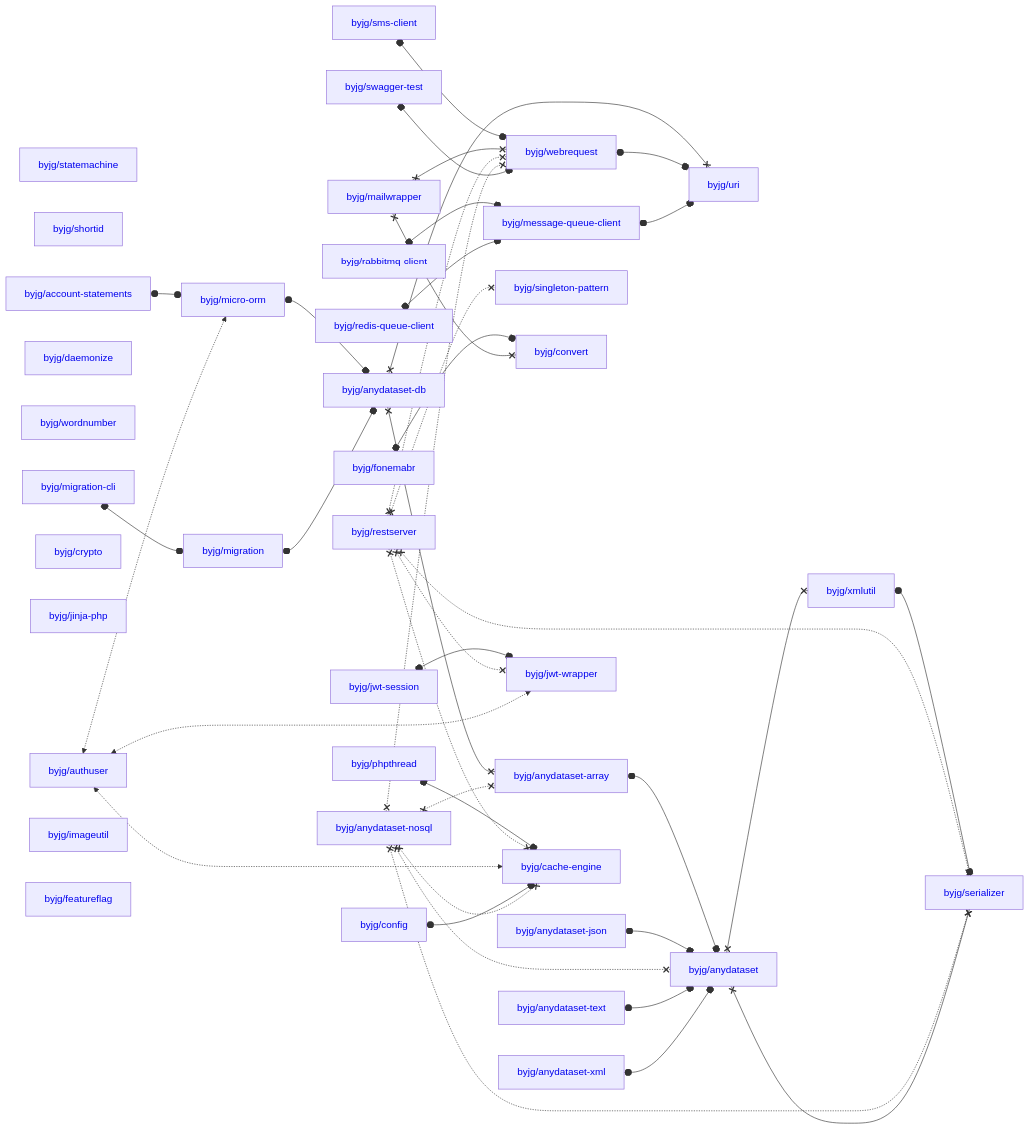
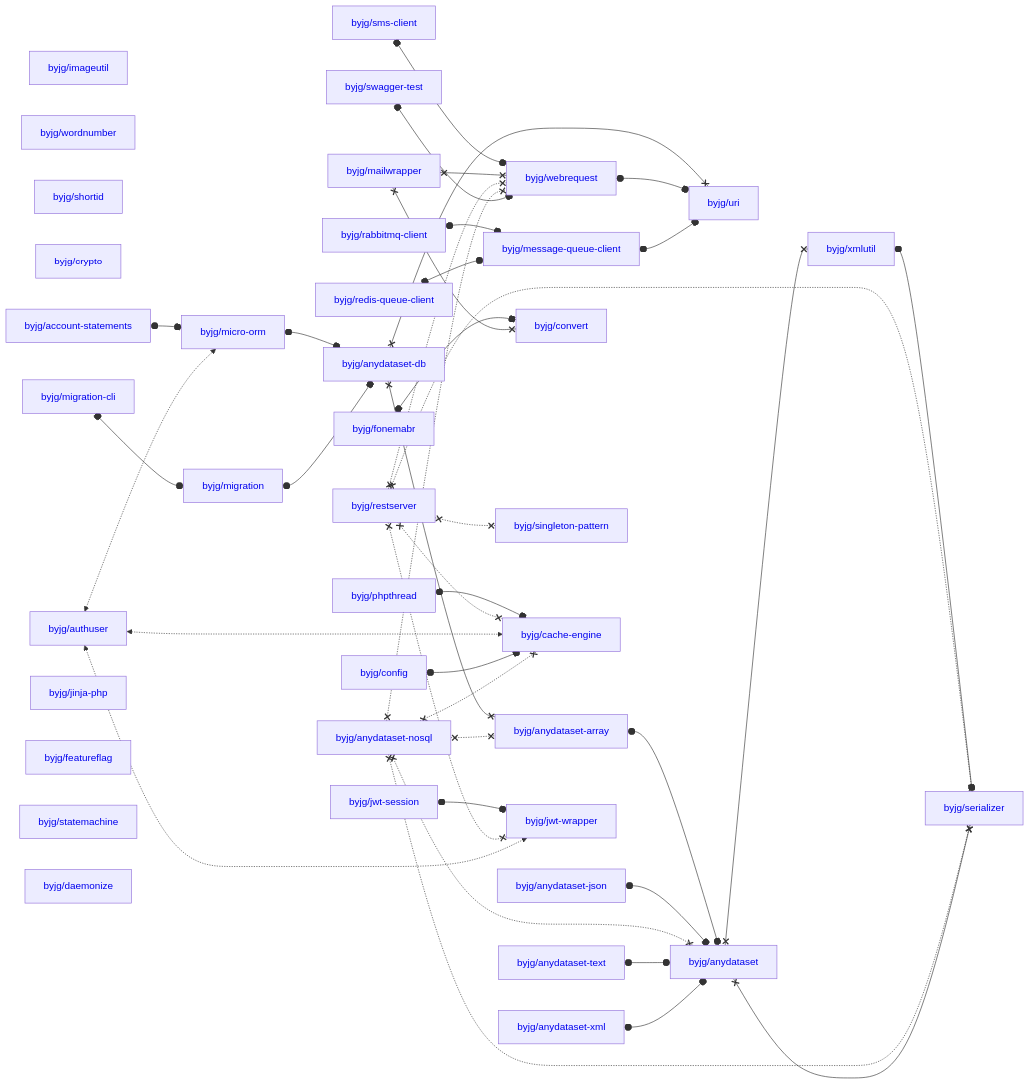
The diagram in docs/php/README.md (byjg/byjg.github.io), drawn with Mermaid before and after one commit. The commit also changed other lines of this file, not shown here.

Commit message:
Update documentation 'php' 'php-migration'

````diff
--- a/docs/php/README.md
+++ b/docs/php/README.md
@@ -3,80 +3,80 @@
 ```mermaid
 graph LR;
-  byjg/rabbitmq-client[<a href='https://opensource.byjg.com/docs/php/rabbitmq-client' style='text-decoration:none'>byjg/rabbitmq-client</a>];
-  byjg/restserver[<a href='https://opensource.byjg.com/docs/php/restserver' style='text-decoration:none'>byjg/restserver</a>];
-  byjg/statemachine[<a href='https://opensource.byjg.com/docs/php/statemachine' style='text-decoration:none'>byjg/statemachine</a>];
+  byjg/imageutil[<a href='https://opensource.byjg.com/docs/php/imageutil' style='text-decoration:none'>byjg/imageutil</a>];
+  byjg/wordnumber[<a href='https://opensource.byjg.com/docs/php/wordnumber' style='text-decoration:none'>byjg/wordnumber</a>];
+  byjg/shortid[<a href='https://opensource.byjg.com/docs/php/shortid' style='text-decoration:none'>byjg/shortid</a>];
+  byjg/anydataset-nosql[<a href='https://opensource.byjg.com/docs/php/anydataset-nosql' style='text-decoration:none'>byjg/anydataset-nosql</a>];
+  byjg/config[<a href='https://opensource.byjg.com/docs/php/config' style='text-decoration:none'>byjg/config</a>];
+  byjg/crypto[<a href='https://opensource.byjg.com/docs/php/crypto' style='text-decoration:none'>byjg/crypto</a>];
   byjg/fonemabr[<a href='https://opensource.byjg.com/docs/php/fonemabr' style='text-decoration:none'>byjg/fonemabr</a>];
-  byjg/jwt-session[<a href='https://opensource.byjg.com/docs/php/jwt-session' style='text-decoration:none'>byjg/jwt-session</a>];
-  byjg/phpthread[<a href='https://opensource.byjg.com/docs/php/phpthread' style='text-decoration:none'>byjg/phpthread</a>];
-  byjg/mailwrapper[<a href='https://opensource.byjg.com/docs/php/mailwrapper' style='text-decoration:none'>byjg/mailwrapper</a>];
-  byjg/shortid[<a href='https://opensource.byjg.com/docs/php/shortid' style='text-decoration:none'>byjg/shortid</a>];
-  byjg/migration-cli[<a href='https://opensource.byjg.com/docs/php/migration-cli' style='text-decoration:none'>byjg/migration-cli</a>];
-  byjg/anydataset-nosql[<a href='https://opensource.byjg.com/docs/php/anydataset-nosql' style='text-decoration:none'>byjg/anydataset-nosql</a>];
-  byjg/daemonize[<a href='https://opensource.byjg.com/docs/php/daemonize' style='text-decoration:none'>byjg/daemonize</a>];
-  byjg/sms-client[<a href='https://opensource.byjg.com/docs/php/sms-client' style='text-decoration:none'>byjg/sms-client</a>];
-  byjg/redis-queue-client[<a href='https://opensource.byjg.com/docs/php/redis-queue-client' style='text-decoration:none'>byjg/redis-queue-client</a>];
-  byjg/wordnumber[<a href='https://opensource.byjg.com/docs/php/wordnumber' style='text-decoration:none'>byjg/wordnumber</a>];
-  byjg/anydataset-xml[<a href='https://opensource.byjg.com/docs/php/anydataset-xml' style='text-decoration:none'>byjg/anydataset-xml</a>];
-  byjg/authuser[<a href='https://opensource.byjg.com/docs/php/authuser' style='text-decoration:none'>byjg/authuser</a>];
-  byjg/anydataset-json[<a href='https://opensource.byjg.com/docs/php/anydataset-json' style='text-decoration:none'>byjg/anydataset-json</a>];
-  byjg/crypto[<a href='https://opensource.byjg.com/docs/php/crypto' style='text-decoration:none'>byjg/crypto</a>];
-  byjg/jinja-php[<a href='https://opensource.byjg.com/docs/php/jinja-php' style='text-decoration:none'>byjg/jinja-php</a>];
   byjg/swagger-test[<a href='https://opensource.byjg.com/docs/php/swagger-test' style='text-decoration:none'>byjg/swagger-test</a>];
   byjg/account-statements[<a href='https://opensource.byjg.com/docs/php/account-statements' style='text-decoration:none'>byjg/account-statements</a>];
-  byjg/imageutil[<a href='https://opensource.byjg.com/docs/php/imageutil' style='text-decoration:none'>byjg/imageutil</a>];
-  byjg/config[<a href='https://opensource.byjg.com/docs/php/config' style='text-decoration:none'>byjg/config</a>];
+  byjg/migration-cli[<a href='https://opensource.byjg.com/docs/php/migration-cli' style='text-decoration:none'>byjg/migration-cli</a>];
+  byjg/redis-queue-client[<a href='https://opensource.byjg.com/docs/php/redis-queue-client' style='text-decoration:none'>byjg/redis-queue-client</a>];
+  byjg/sms-client[<a href='https://opensource.byjg.com/docs/php/sms-client' style='text-decoration:none'>byjg/sms-client</a>];
+  byjg/authuser[<a href='https://opensource.byjg.com/docs/php/authuser' style='text-decoration:none'>byjg/authuser</a>];
+  byjg/anydataset-xml[<a href='https://opensource.byjg.com/docs/php/anydataset-xml' style='text-decoration:none'>byjg/anydataset-xml</a>];
+  byjg/phpthread[<a href='https://opensource.byjg.com/docs/php/phpthread' style='text-decoration:none'>byjg/phpthread</a>];
+  byjg/rabbitmq-client[<a href='https://opensource.byjg.com/docs/php/rabbitmq-client' style='text-decoration:none'>byjg/rabbitmq-client</a>];
+  byjg/jinja-php[<a href='https://opensource.byjg.com/docs/php/jinja-php' style='text-decoration:none'>byjg/jinja-php</a>];
   byjg/featureflag[<a href='https://opensource.byjg.com/docs/php/featureflag' style='text-decoration:none'>byjg/featureflag</a>];
+  byjg/mailwrapper[<a href='https://opensource.byjg.com/docs/php/mailwrapper' style='text-decoration:none'>byjg/mailwrapper</a>];
+  byjg/anydataset-json[<a href='https://opensource.byjg.com/docs/php/anydataset-json' style='text-decoration:none'>byjg/anydataset-json</a>];
+  byjg/restserver[<a href='https://opensource.byjg.com/docs/php/restserver' style='text-decoration:none'>byjg/restserver</a>];
+  byjg/jwt-session[<a href='https://opensource.byjg.com/docs/php/jwt-session' style='text-decoration:none'>byjg/jwt-session</a>];
+  byjg/statemachine[<a href='https://opensource.byjg.com/docs/php/statemachine' style='text-decoration:none'>byjg/statemachine</a>];
   byjg/anydataset-text[<a href='https://opensource.byjg.com/docs/php/anydataset-text' style='text-decoration:none'>byjg/anydataset-text</a>];
+  byjg/daemonize[<a href='https://opensource.byjg.com/docs/php/daemonize' style='text-decoration:none'>byjg/daemonize</a>];
+  byjg/migration[<a href='https://opensource.byjg.com/docs/php/migration' style='text-decoration:none'>byjg/migration</a>];
+  byjg/micro-orm[<a href='https://opensource.byjg.com/docs/php/micro-orm' style='text-decoration:none'>byjg/micro-orm</a>];
+  byjg/message-queue-client[<a href='https://opensource.byjg.com/docs/php/message-queue-client' style='text-decoration:none'>byjg/message-queue-client</a>];
+  byjg/convert[<a href='https://opensource.byjg.com/docs/php/convert' style='text-decoration:none'>byjg/convert</a>];
   byjg/singleton-pattern[<a href='https://opensource.byjg.com/docs/php/singleton-pattern' style='text-decoration:none'>byjg/singleton-pattern</a>];
-  byjg/convert[<a href='https://opensource.byjg.com/docs/php/convert' style='text-decoration:none'>byjg/convert</a>];
-  byjg/migration[<a href='https://opensource.byjg.com/docs/php/migration' style='text-decoration:none'>byjg/migration</a>];
-  byjg/message-queue-client[<a href='https://opensource.byjg.com/docs/php/message-queue-client' style='text-decoration:none'>byjg/message-queue-client</a>];
+  byjg/cache-engine[<a href='https://opensource.byjg.com/docs/php/cache-engine' style='text-decoration:none'>byjg/cache-engine</a>];
+  byjg/webrequest[<a href='https://opensource.byjg.com/docs/php/webrequest' style='text-decoration:none'>byjg/webrequest</a>];
   byjg/jwt-wrapper[<a href='https://opensource.byjg.com/docs/php/jwt-wrapper' style='text-decoration:none'>byjg/jwt-wrapper</a>];
-  byjg/webrequest[<a href='https://opensource.byjg.com/docs/php/webrequest' style='text-decoration:none'>byjg/webrequest</a>];
-  byjg/micro-orm[<a href='https://opensource.byjg.com/docs/php/micro-orm' style='text-decoration:none'>byjg/micro-orm</a>];
-  byjg/cache-engine[<a href='https://opensource.byjg.com/docs/php/cache-engine' style='text-decoration:none'>byjg/cache-engine</a>];
   byjg/anydataset-db[<a href='https://opensource.byjg.com/docs/php/anydataset-db' style='text-decoration:none'>byjg/anydataset-db</a>];
   byjg/anydataset-array[<a href='https://opensource.byjg.com/docs/php/anydataset-array' style='text-decoration:none'>byjg/anydataset-array</a>];
   byjg/uri[<a href='https://opensource.byjg.com/docs/php/uri' style='text-decoration:none'>byjg/uri</a>];
   byjg/anydataset[<a href='https://opensource.byjg.com/docs/php/anydataset' style='text-decoration:none'>byjg/anydataset</a>];
   byjg/xmlutil[<a href='https://opensource.byjg.com/docs/php/xmlutil' style='text-decoration:none'>byjg/xmlutil</a>];
   byjg/serializer[<a href='https://opensource.byjg.com/docs/php/serializer' style='text-decoration:none'>byjg/serializer</a>];
   byjg/message-queue-client o--o byjg/uri;
   byjg/anydataset-xml o--o byjg/anydataset;
   byjg/swagger-test o--o byjg/webrequest;
   byjg/anydataset x--x byjg/serializer;
   byjg/anydataset x--x byjg/xmlutil;
   byjg/anydataset-text o--o byjg/anydataset;
   byjg/anydataset-nosql x-.-x byjg/anydataset;
   byjg/anydataset-nosql x-.-x byjg/anydataset-array;
   byjg/anydataset-nosql x-.-x byjg/serializer;
   byjg/anydataset-nosql x-.-x byjg/webrequest;
   byjg/anydataset-nosql x-.-x byjg/cache-engine;
   byjg/config o--o byjg/cache-engine;
   byjg/anydataset-json o--o byjg/anydataset;
   byjg/anydataset-array o--o byjg/anydataset;
   byjg/authuser <-.-> byjg/micro-orm;
   byjg/authuser <-.-> byjg/cache-engine;
   byjg/authuser <-.-> byjg/jwt-wrapper;
   byjg/migration-cli o--o byjg/migration;
   byjg/restserver x-.-x byjg/serializer;
   byjg/restserver x-.-x byjg/singleton-pattern;
   byjg/restserver x-.-x byjg/cache-engine;
   byjg/restserver x-.-x byjg/webrequest;
   byjg/restserver x-.-x byjg/jwt-wrapper;
   byjg/mailwrapper x--x byjg/convert;
   byjg/mailwrapper x--x byjg/webrequest;
   byjg/jwt-session o--o byjg/jwt-wrapper;
   byjg/account-statements o--o byjg/micro-orm;
   byjg/phpthread o--o byjg/cache-engine;
   byjg/migration o--o byjg/anydataset-db;
   byjg/xmlutil o--o byjg/serializer;
   byjg/fonemabr o--o byjg/convert;
   byjg/redis-queue-client o--o byjg/message-queue-client;
   byjg/webrequest o--o byjg/uri;
   byjg/rabbitmq-client o--o byjg/message-queue-client;
   byjg/sms-client o--o byjg/webrequest;
   byjg/anydataset-db x--x byjg/anydataset-array;
   byjg/anydataset-db x--x byjg/uri;
   byjg/micro-orm o--o byjg/anydataset-db;
 ```
````
